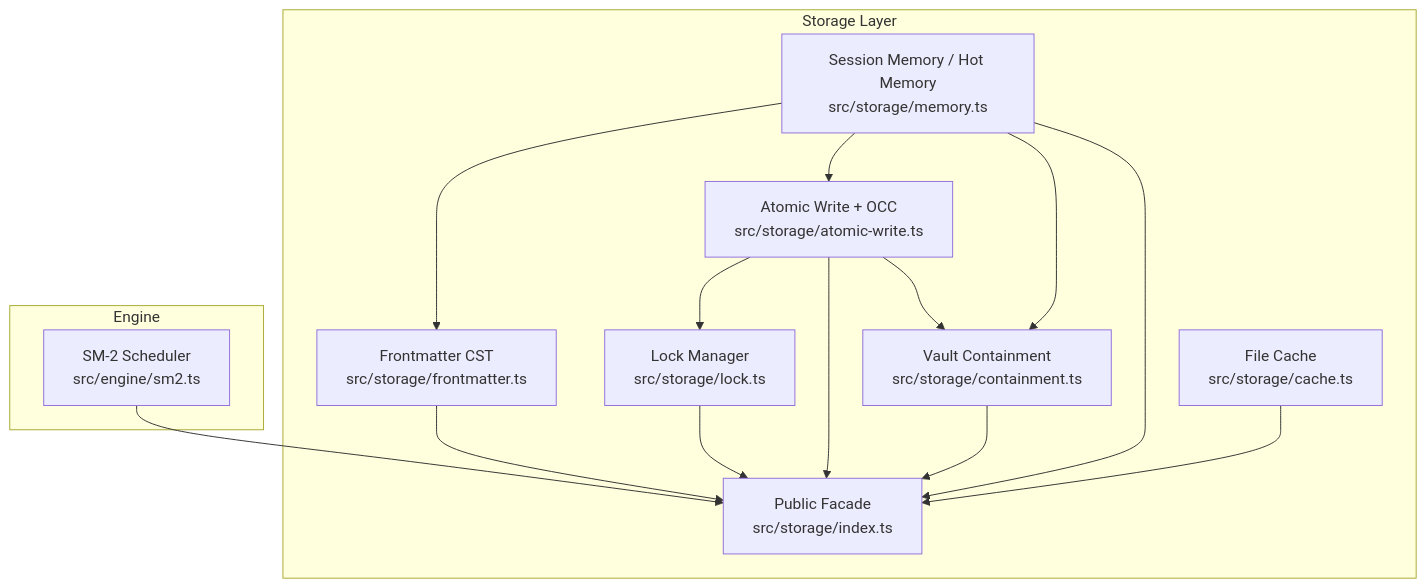
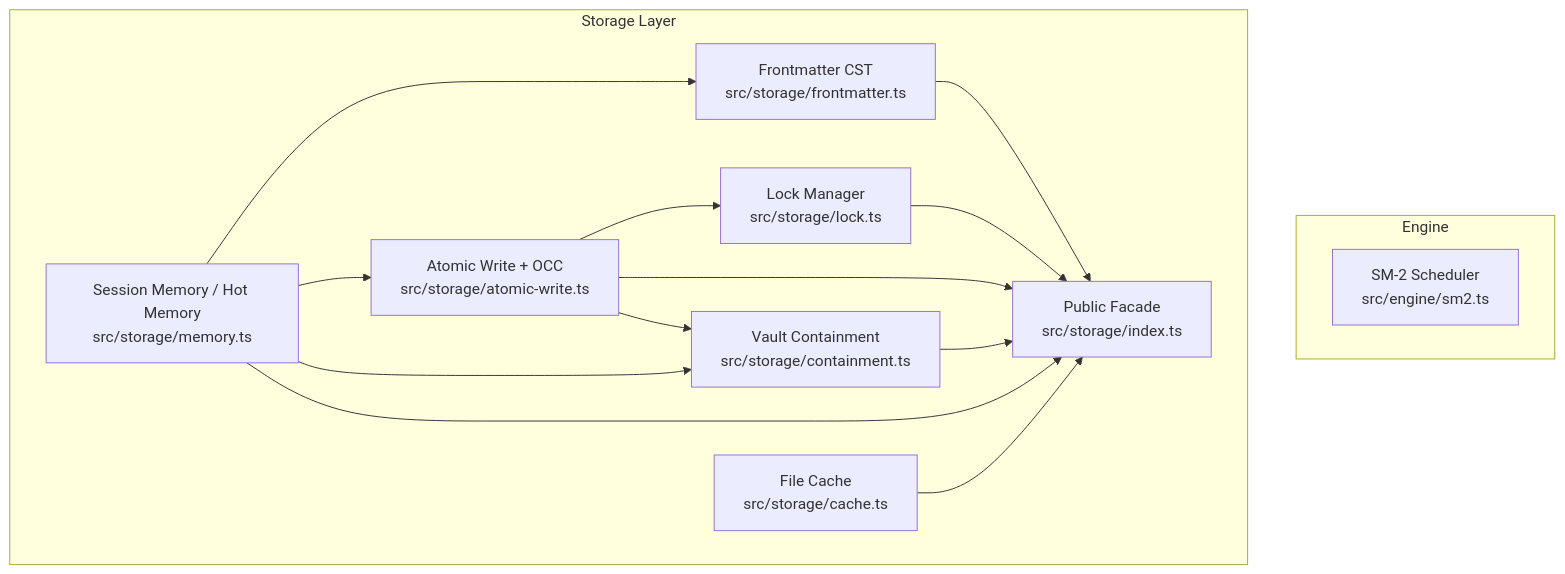
Before and after one commit to Kuldeep2822k/palee-architecture: the first of 9 diagrams in Architecture Decision Records/Core Engineering Decisions.md, drawn with Mermaid. The commit also changed other lines of this file and 8 other files, not shown here.

Commit message:
docs(adr): fix lifecycle statuses, stale-temp order and planning diagrams

````diff
--- a/Architecture Decision Records/Core Engineering Decisions.md
+++ b/Architecture Decision Records/Core Engineering Decisions.md
@@ -50,30 +50,29 @@
 ```mermaid
 graph TB
   subgraph "Engine"
     SM2["SM-2 Scheduler<br/>src/engine/sm2.ts"]
   end
 
   subgraph "Storage Layer"
     Index["Public Facade<br/>src/storage/index.ts"]
     FM["Frontmatter CST<br/>src/storage/frontmatter.ts"]
     Lock["Lock Manager<br/>src/storage/lock.ts"]
     AW["Atomic Write + OCC<br/>src/storage/atomic-write.ts"]
     Cont["Vault Containment<br/>src/storage/containment.ts"]
     Mem["Session Memory / Hot Memory<br/>src/storage/memory.ts"]
     Cache["File Cache<br/>src/storage/cache.ts"]
   end
 
-  SM2 --> Index
   FM --> Index
   Lock --> Index
   AW --> Index
   Cont --> Index
   Mem --> Index
   Cache --> Index
 
   AW --> Lock
   AW --> Cont
   Mem --> FM
   Mem --> AW
   Mem --> Cont
 ```
````
